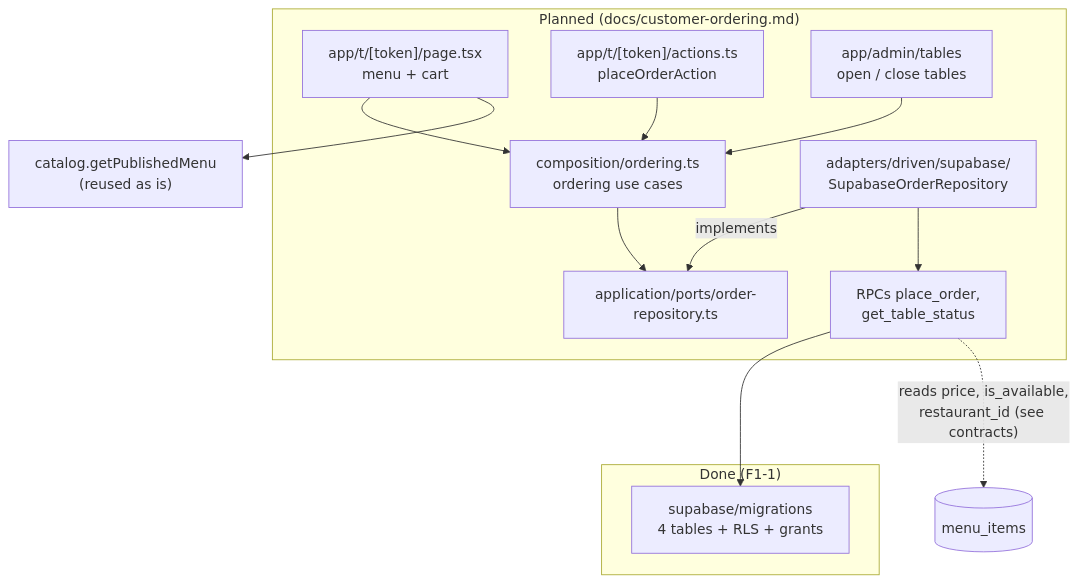
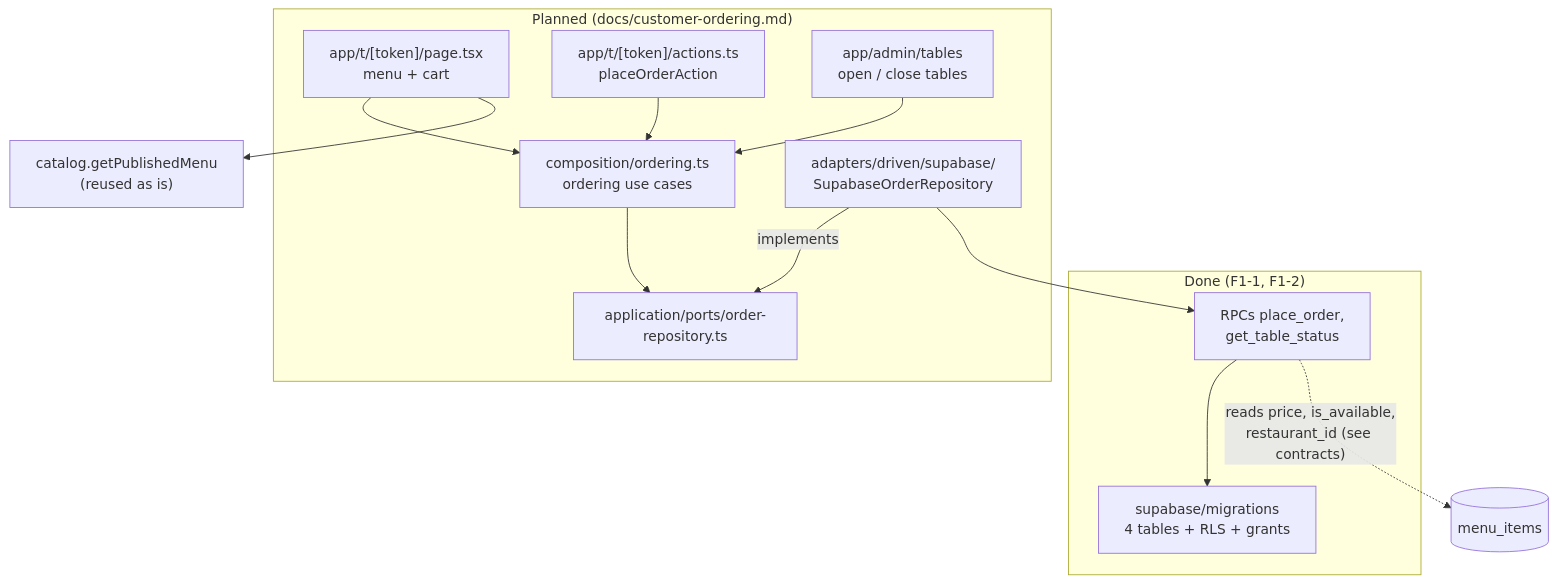
The fifth of 5 diagrams in docs/architecture-map.md (theofernandezz/digital-menu), drawn with Mermaid before and after one commit. The commit also changed other lines of this file and 1 other file, not shown here.

First line of the commit message:
docs: record F1-2 and update the architecture map

````diff
--- a/docs/architecture-map.md
+++ b/docs/architecture-map.md
@@ -135,28 +135,28 @@
 ```mermaid
 flowchart TB
-  subgraph done["Done (F1-1)"]
+  subgraph done["Done (F1-1, F1-2)"]
     schema["supabase/migrations<br/>4 tables + RLS + grants"]
+    rpc["RPCs place_order,<br/>get_table_status"]
   end
 
   subgraph planned["Planned (docs/customer-ordering.md)"]
     page["app/t/[token]/page.tsx<br/>menu + cart"]
     action["app/t/[token]/actions.ts<br/>placeOrderAction"]
     admin["app/admin/tables<br/>open / close tables"]
     ord["composition/ordering.ts<br/>ordering use cases"]
     port["application/ports/order-repository.ts"]
     adapter["adapters/driven/supabase/<br/>SupabaseOrderRepository"]
-    rpc["RPCs place_order,<br/>get_table_status"]
   end
 
   cat["catalog.getPublishedMenu<br/>(reused as is)"]
 
   page --> ord
   page --> cat
   action --> ord
   admin --> ord
   ord --> port
   adapter -- implements --> port
   adapter --> rpc
   rpc --> schema
   rpc -. "reads price, is_available,<br/>restaurant_id (see contracts)" .-> menu[("menu_items")]
 ```
````
